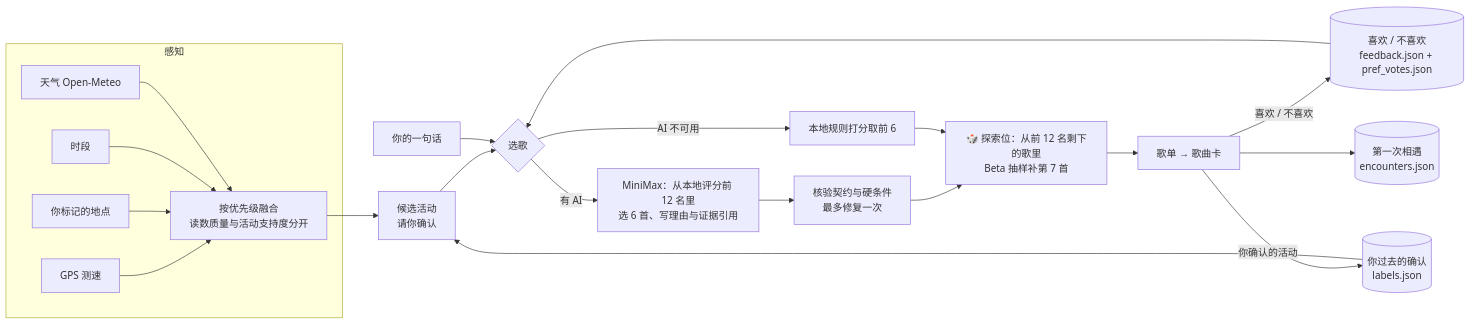
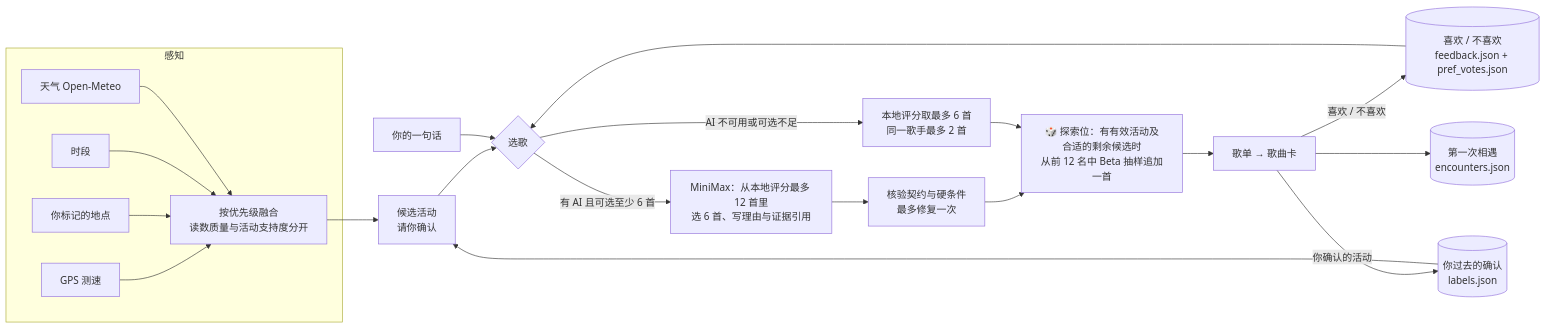
One commit to peterdlick-stack/agentic-app changed the second of 2 diagrams in README.md. Above: the diagram before and after it, drawn with Mermaid. The commit also changed other lines of this file, not shown here.

````diff
--- a/README.md
+++ b/README.md
@@ -248,22 +248,22 @@
 ```mermaid
 flowchart LR
   subgraph 感知
     G[GPS 测速] --> F
     P[你标记的地点] --> F
     T[时段] --> F
     W[天气 Open-Meteo] --> F
   end
   L[(你过去的确认<br/>labels.json)] --> C
   F[按优先级融合<br/>读数质量与活动支持度分开] --> C[候选活动<br/>请你确认]
   C --> R{选歌}
   U[你的一句话] --> R
   B[(喜欢 / 不喜欢<br/>feedback.json + pref_votes.json)] --> R
-  R -->|有 AI| A[MiniMax：从本地评分前 12 名里<br/>选 6 首、写理由与证据引用] --> V[核验契约与硬条件<br/>最多修复一次]
-  R -->|AI 不可用| N[本地规则打分取前 6]
-  V --> X[🎲 探索位：从前 12 名剩下的歌里<br/>Beta 抽样补第 7 首]
+  R -->|有 AI 且可选至少 6 首| A[MiniMax：从本地评分最多 12 首里<br/>选 6 首、写理由与证据引用] --> V[核验契约与硬条件<br/>最多修复一次]
+  R -->|AI 不可用或可选不足| N[本地评分取最多 6 首<br/>同一歌手最多 2 首]
+  V --> X[🎲 探索位：有有效活动及合适的剩余候选时<br/>从前 12 名中 Beta 抽样追加一首]
   N --> X
   X --> S[歌单 → 歌曲卡]
   S -->|喜欢 / 不喜欢| B
   S -->|你确认的活动| L
   S --> E[(第一次相遇<br/>encounters.json)]
 ```
````
